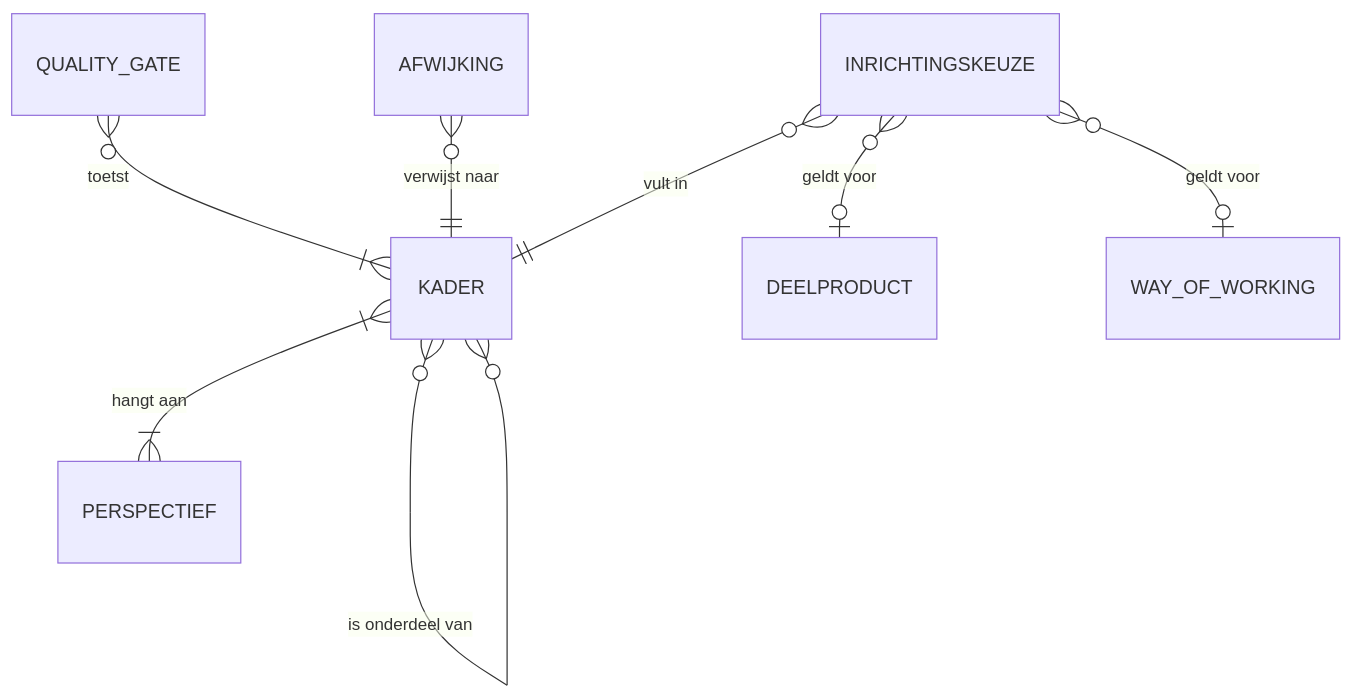
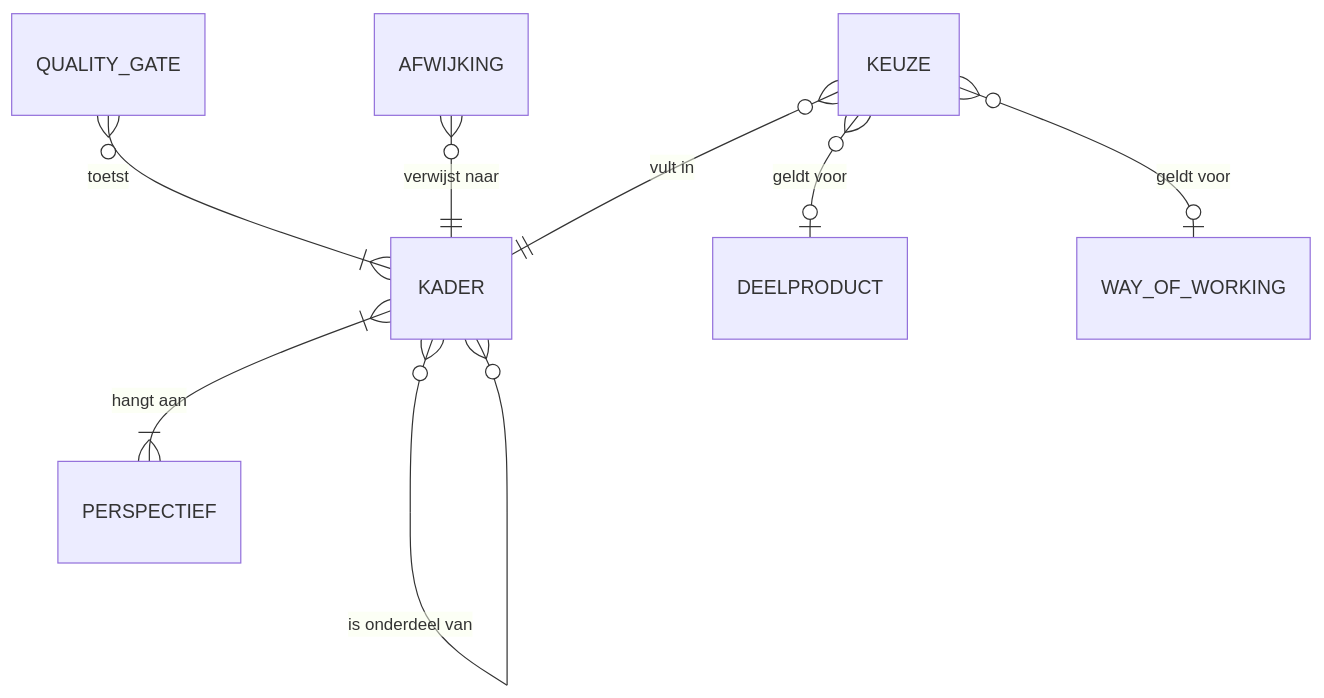
One commit to fcd-labs/fcd changed the second of 2 diagrams in src/content/docs/model.md. Above: the diagram before and after it, drawn with Mermaid. The commit also changed other lines of this file and 16 other files, not shown here.

First line of the commit message:
Jouw FCD: configureren naar jouw FCD (FCD-‹naam›), keuze in plaats van inrichtingskeuze, SAFe weg

````diff
--- a/src/content/docs/model.md
+++ b/src/content/docs/model.md
@@ -74,10 +74,10 @@
 ```mermaid
 erDiagram
     KADER }|--|{ PERSPECTIEF : "hangt aan"
     KADER }o--o{ KADER : "is onderdeel van"
-    INRICHTINGSKEUZE }o--|| KADER : "vult in"
-    INRICHTINGSKEUZE }o--o| DEELPRODUCT : "geldt voor"
-    INRICHTINGSKEUZE }o--o| WAY_OF_WORKING : "geldt voor"
+    KEUZE }o--|| KADER : "vult in"
+    KEUZE }o--o| DEELPRODUCT : "geldt voor"
+    KEUZE }o--o| WAY_OF_WORKING : "geldt voor"
     QUALITY_GATE }o--|{ KADER : "toetst"
     AFWIJKING }o--|| KADER : "verwijst naar"
 ```
````
